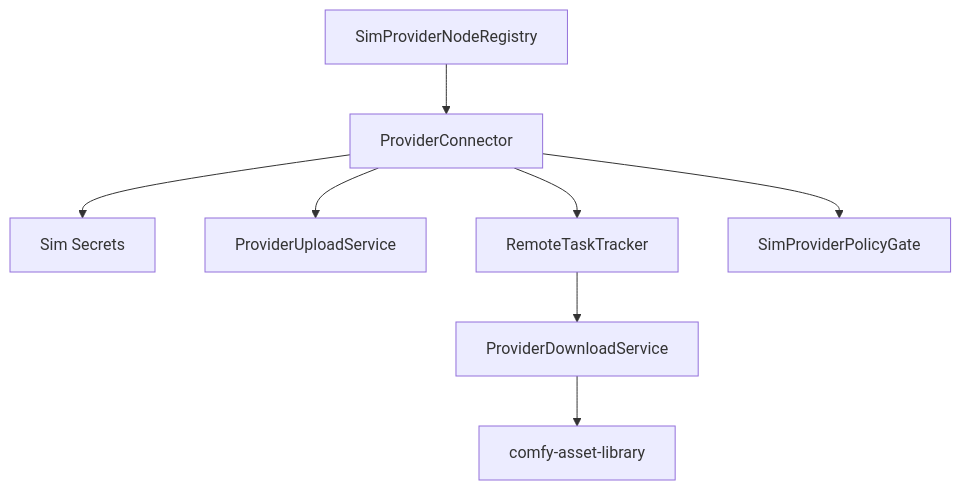
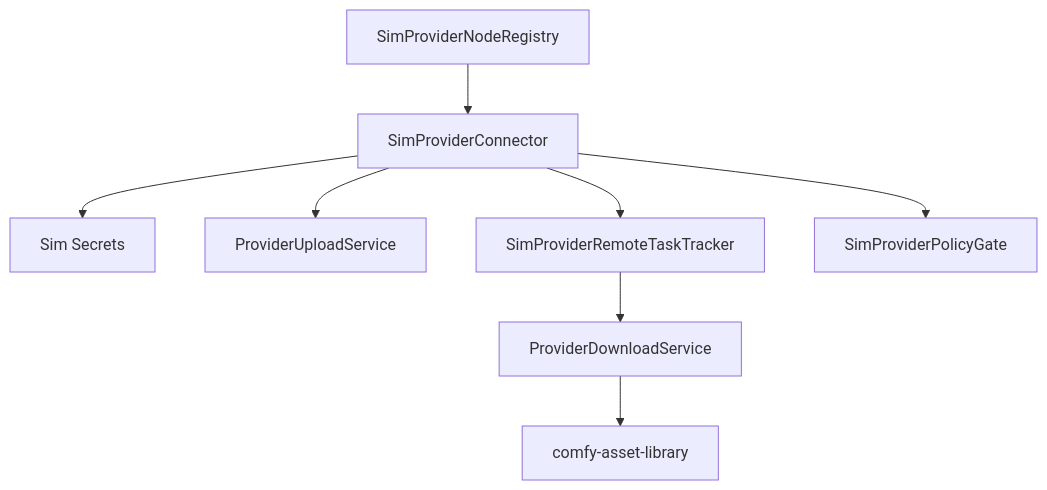
The diagram in .agents/specs/godot-migration/comfy-api-provider-nodes/design.md (imagineerings/xor), drawn with Mermaid before and after one commit. The commit also changed other lines of this file and 5 other files, not shown here.

First line of the commit message:
feat(world_model): add native Sim provider remote tasks (#218)

````diff
--- a/.agents/specs/godot-migration/comfy-api-provider-nodes/design.md
+++ b/.agents/specs/godot-migration/comfy-api-provider-nodes/design.md
@@ -9,10 +9,10 @@
 ```mermaid
 flowchart TD
-    Registry[SimProviderNodeRegistry] --> Connector[ProviderConnector]
+    Registry[SimProviderNodeRegistry] --> Connector[SimProviderConnector]
     Connector --> Secrets[Sim Secrets]
     Connector --> Upload[ProviderUploadService]
-    Connector --> Remote[RemoteTaskTracker]
+    Connector --> Remote[SimProviderRemoteTaskTracker]
     Remote --> Download[ProviderDownloadService]
     Download --> Assets[comfy-asset-library]
     Connector --> Policy[SimProviderPolicyGate]
 ```
````
